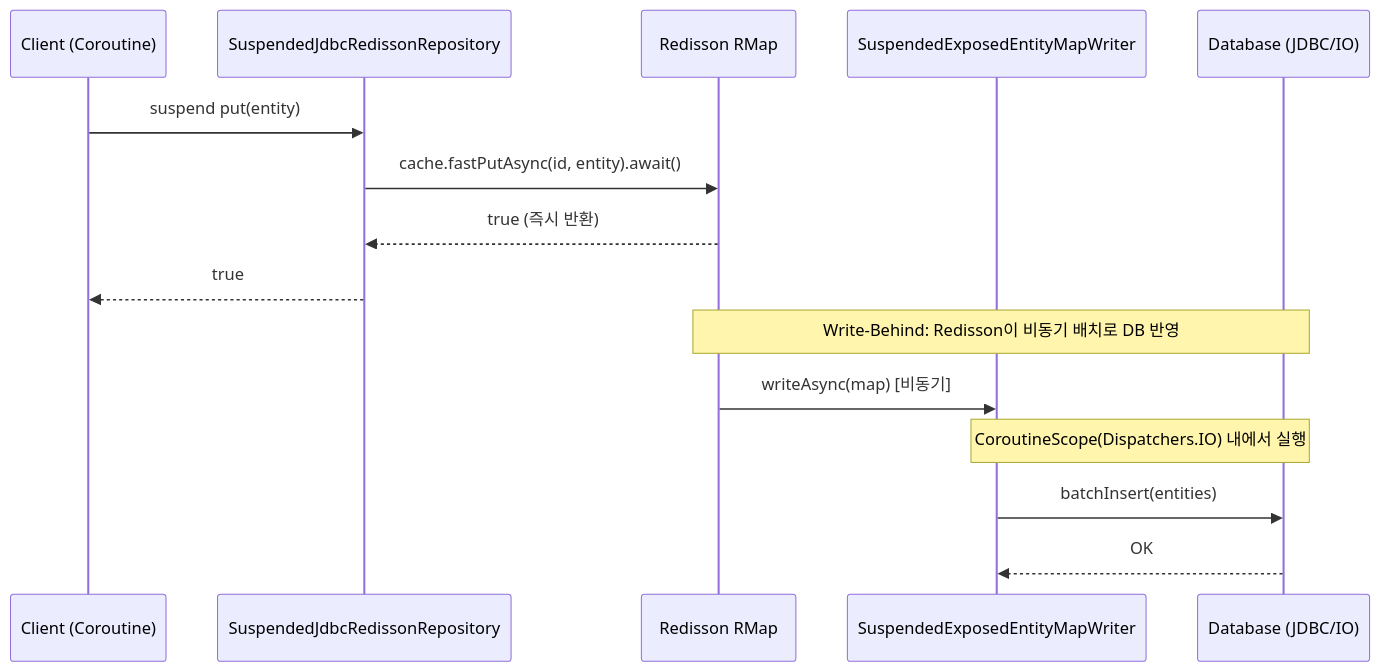
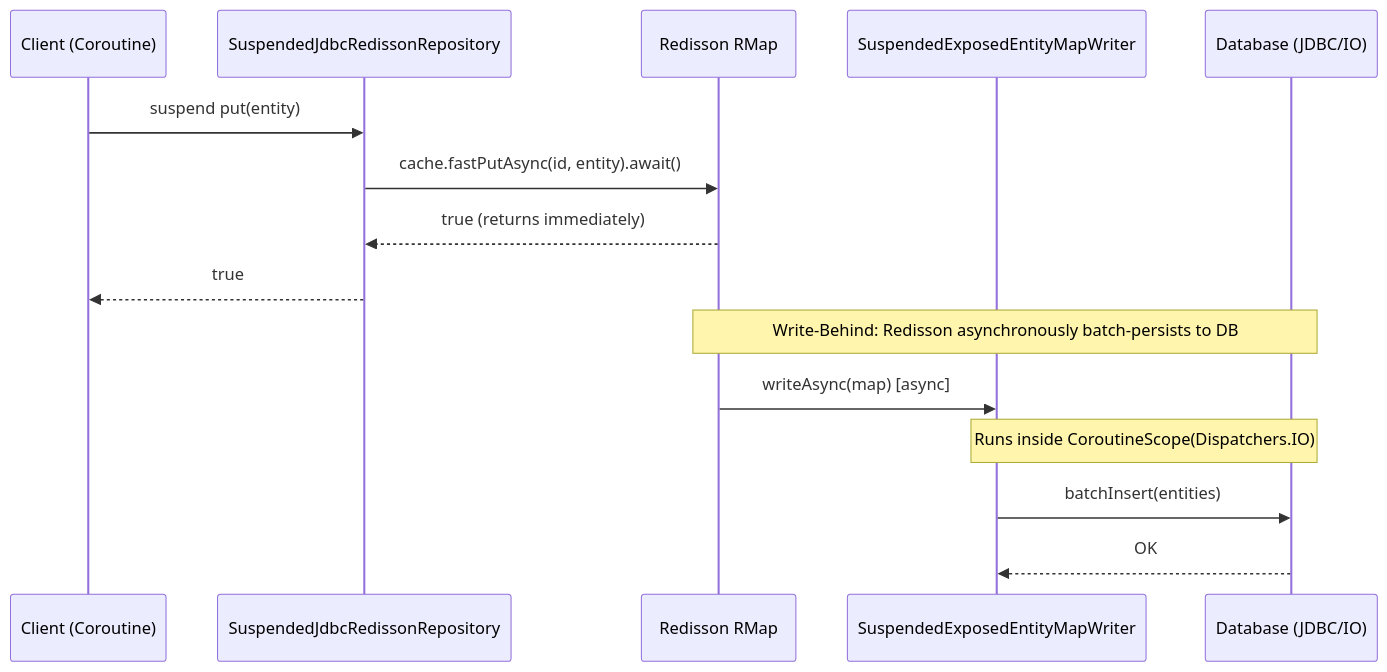
One commit to bluetape4k/bluetape4k-projects changed the ninth of 9 diagrams in data/exposed-jdbc-redisson/README.md. Above: the diagram before and after it, drawn with Mermaid. The commit also changed other lines of this file and 265 other files, not shown here.

````diff
--- a/data/exposed-jdbc-redisson/README.md
+++ b/data/exposed-jdbc-redisson/README.md
@@ -526,19 +527,19 @@
 ```mermaid
 sequenceDiagram
     participant Client as Client (Coroutine)
     participant Repo as SuspendedJdbcRedissonRepository
     participant RMap as Redisson RMap
     participant Writer as SuspendedExposedEntityMapWriter
     participant DB as Database (JDBC/IO)
 
     Client->>Repo: suspend put(entity)
     Repo->>RMap: cache.fastPutAsync(id, entity).await()
-    RMap-->>Repo: true (즉시 반환)
+    RMap-->>Repo: true (returns immediately)
     Repo-->>Client: true
 
-    Note over RMap,DB: Write-Behind: Redisson이 비동기 배치로 DB 반영
-    RMap->>Writer: writeAsync(map) [비동기]
-    Note over Writer,DB: CoroutineScope(Dispatchers.IO) 내에서 실행
+    Note over RMap,DB: Write-Behind: Redisson asynchronously batch-persists to DB
+    RMap->>Writer: writeAsync(map) [async]
+    Note over Writer,DB: Runs inside CoroutineScope(Dispatchers.IO)
     Writer->>DB: batchInsert(entities)
     DB-->>Writer: OK
 ```
````
